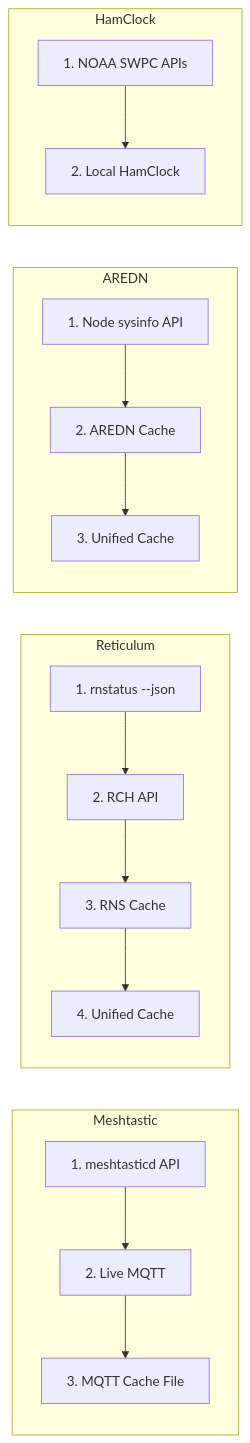
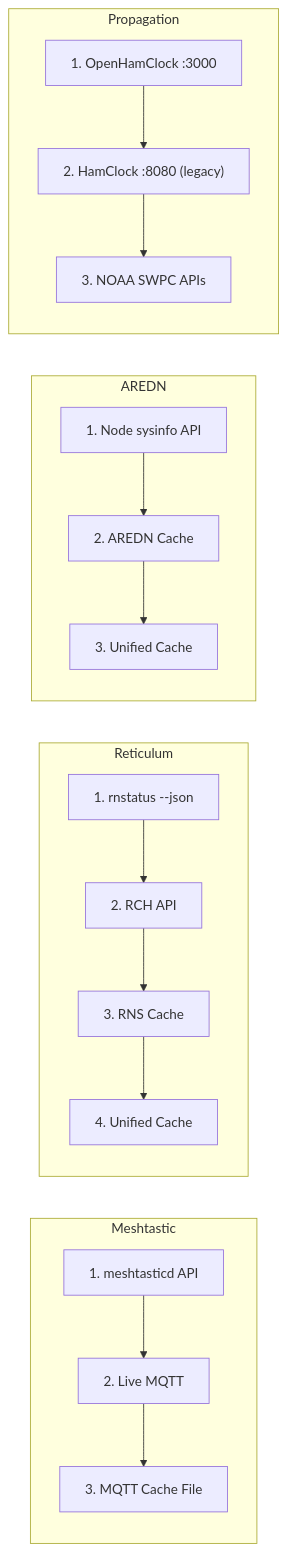
One commit to Nursedude/meshforge-maps changed the third of 4 diagrams in README.md. Above: the diagram before and after it, drawn with Mermaid. The commit also changed other lines of this file, not shown here.

First line of the commit message:
docs: comprehensive README update reflecting v0.7.0-beta state and roadmap

````diff
--- a/README.md
+++ b/README.md
@@ -134,15 +203,15 @@
 ```mermaid
 flowchart LR
     subgraph Meshtastic
         M1["1. meshtasticd API"] --> M2["2. Live MQTT"] --> M3["3. MQTT Cache File"]
     end
     subgraph Reticulum
         R1["1. rnstatus --json"] --> R2["2. RCH API"] --> R3["3. RNS Cache"] --> R4["4. Unified Cache"]
     end
     subgraph AREDN
         A1["1. Node sysinfo API"] --> A2["2. AREDN Cache"] --> A3["3. Unified Cache"]
     end
-    subgraph HamClock
-        H1["1. NOAA SWPC APIs"] --> H2["2. Local HamClock"]
+    subgraph Propagation
+        H1["1. OpenHamClock :3000"] --> H2["2. HamClock :8080 (legacy)"] --> H3["3. NOAA SWPC APIs"]
     end
 ```
````
